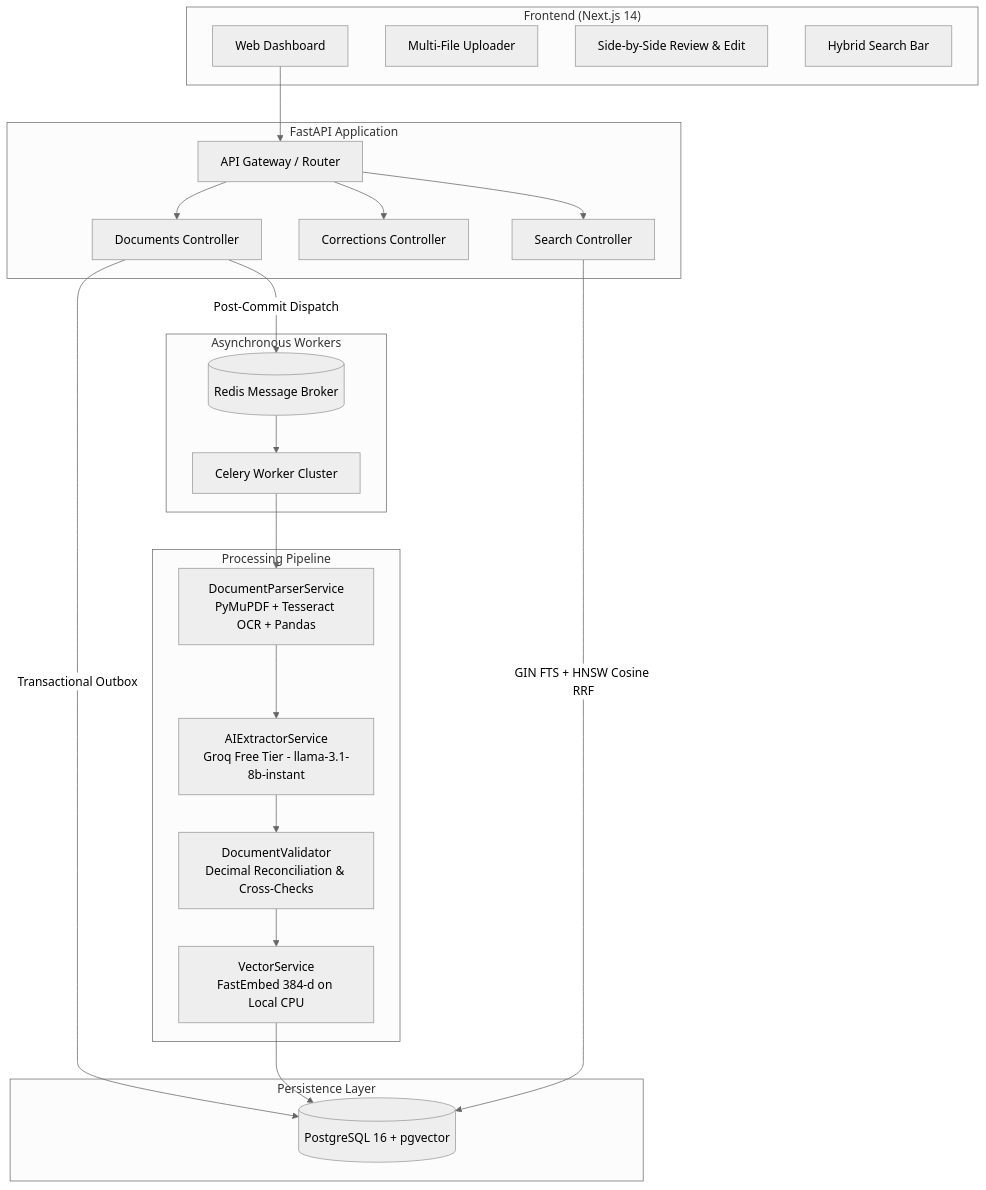
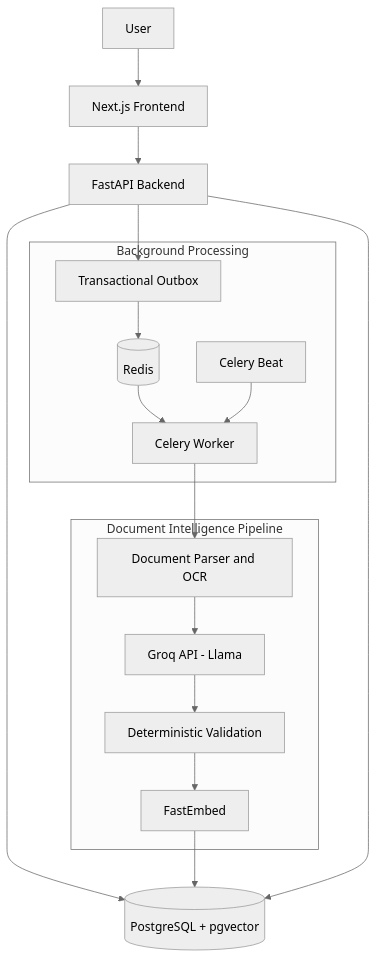
The first of 2 diagrams in README.md (mdmazidulislam26/ai-document-intelligence), drawn with Mermaid (neutral theme) before and after one commit. The commit also changed other lines of this file, not shown here.

````diff
--- a/README.md
+++ b/README.md
@@ -9,44 +108,36 @@
 ```mermaid
 flowchart TD
-    subgraph Client["Frontend (Next.js 14)"]
-        UI[Web Dashboard]
-        UploadUI[Multi-File Uploader]
-        ReviewUI[Side-by-Side Review & Edit]
-        SearchUI[Hybrid Search Bar]
+    User[User]
+    Frontend[Next.js Frontend]
+    API[FastAPI Backend]
+
+    subgraph Background[Background Processing]
+        Outbox[Transactional Outbox]
+        Redis[(Redis)]
+        Worker[Celery Worker]
+        Beat[Celery Beat]
     end
 
-    subgraph API["FastAPI Application"]
-        Router[API Gateway / Router]
-        DocCtrl[Documents Controller]
-        CorrCtrl[Corrections Controller]
-        SearchCtrl[Search Controller]
+    subgraph Pipeline[Document Intelligence Pipeline]
+        Parser[Document Parser and OCR]
+        LLM[Groq API - Llama]
+        Validator[Deterministic Validation]
+        Embedding[FastEmbed]
     end
 
-    subgraph Queue["Asynchronous Workers"]
-        Redis[(Redis Message Broker)]
-        Worker[Celery Worker Cluster]
-    end
+    Database[(PostgreSQL + pgvector)]
 
-    subgraph Pipeline["Processing Pipeline"]
-        Parser[DocumentParserService<br/>PyMuPDF + Tesseract OCR + Pandas]
-        LLM[AIExtractorService<br/>Groq Free Tier - llama-3.1-8b-instant]
-        Validator[DocumentValidator<br/>Decimal Reconciliation & Cross-Checks]
-        Embedder[VectorService<br/>FastEmbed 384-d on Local CPU]
-    end
-
-    subgraph Storage["Persistence Layer"]
-        Postgres[(PostgreSQL 16 + pgvector)]
-    end
-
-    UI --> Router
-    Router --> DocCtrl & CorrCtrl & SearchCtrl
-    DocCtrl -->|Transactional Outbox| Postgres
-    DocCtrl -->|Post-Commit Dispatch| Redis
+    User --> Frontend
+    Frontend --> API
+    API --> Database
+    API --> Outbox
+    Outbox --> Redis
     Redis --> Worker
+    Beat --> Worker
     Worker --> Parser
     Parser --> LLM
     LLM --> Validator
-    Validator --> Embedder
-    Embedder --> Postgres
-    SearchCtrl -->|GIN FTS + HNSW Cosine RRF| Postgres
+    Validator --> Embedding
+    Embedding --> Database
+    API --> Database
 ```
````
